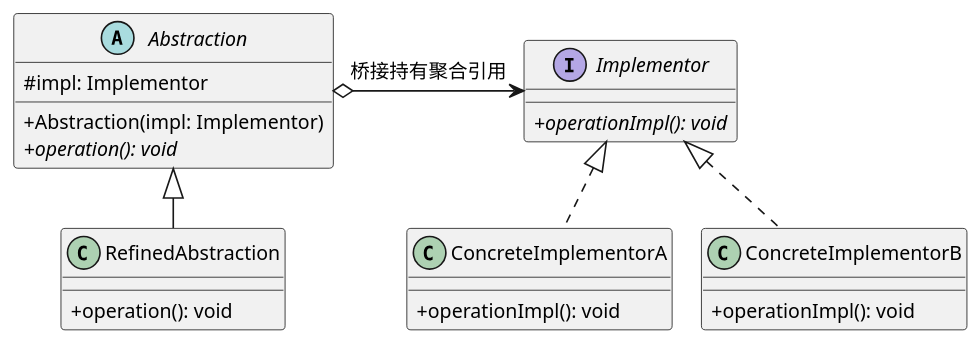
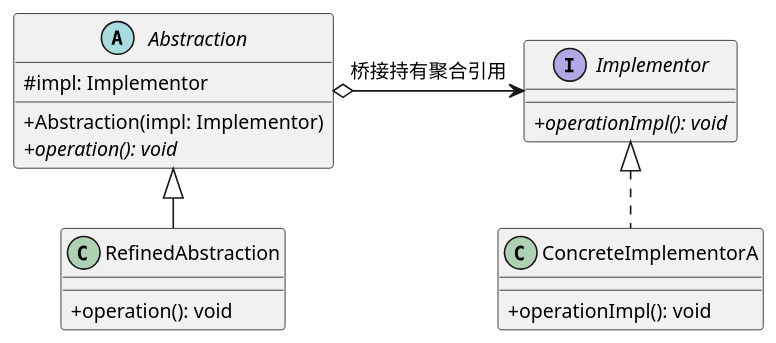
One commit to cpsa3/software-designer-fast-pass changed the eighth of 20 diagrams in 02-visual-diagrams/03-设计模式核心图谱与真题命题密码.md. Above: the diagram before and after it, drawn with PlantUML. The commit also changed other lines of this file, not shown here.

````diff
--- a/02-visual-diagrams/03-设计模式核心图谱与真题命题密码.md
+++ b/02-visual-diagrams/03-设计模式核心图谱与真题命题密码.md
@@ -525,32 +372,28 @@
 ```plantuml
 @startuml
 !pragma layout smetana
 skinparam dpi 125
 skinparam defaultFontSize 12
 skinparam classAttributeIconSize 0
 
 abstract class Abstraction {
     # impl: Implementor
     + Abstraction(impl: Implementor)
     + {abstract} operation(): void
 }
 
 class RefinedAbstraction extends Abstraction {
     + operation(): void
 }
 
 interface Implementor {
     + {abstract} operationImpl(): void
 }
 
 class ConcreteImplementorA implements Implementor {
     + operationImpl(): void
 }
 
-class ConcreteImplementorB implements Implementor {
-    + operationImpl(): void
-}
-
 Abstraction o-> Implementor : 桥接持有聚合引用
 @enduml
 ```
````
